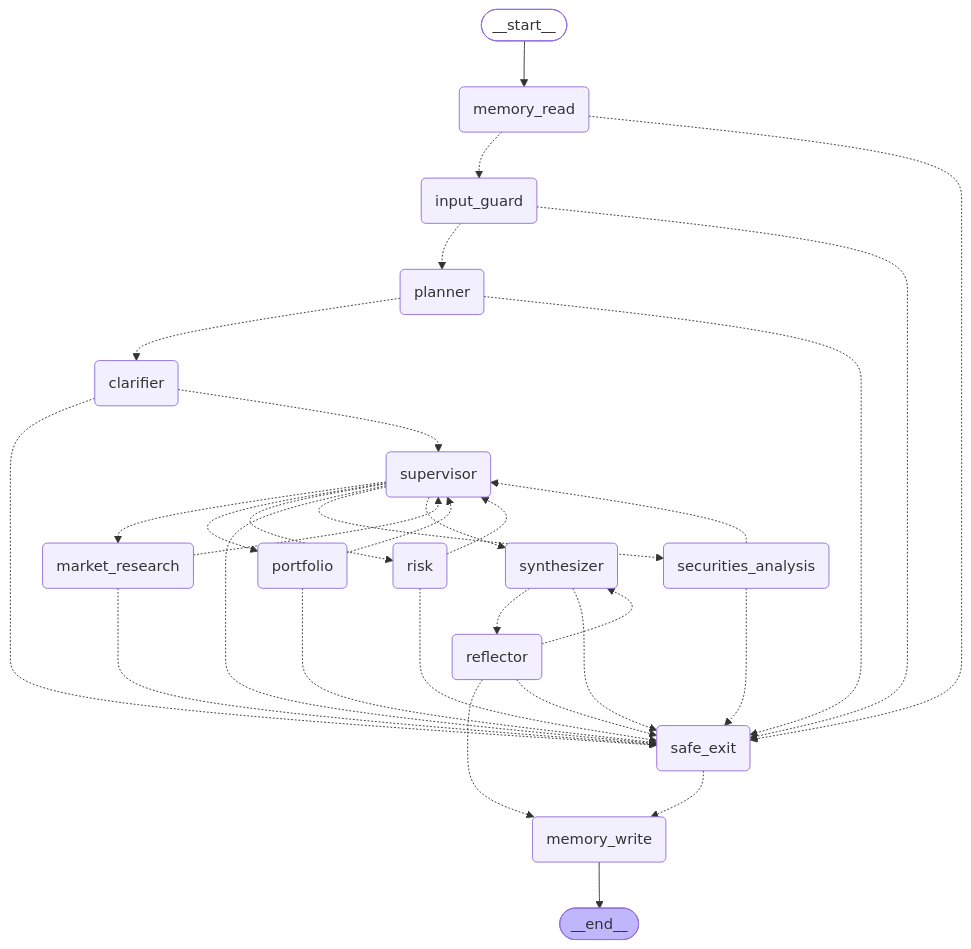
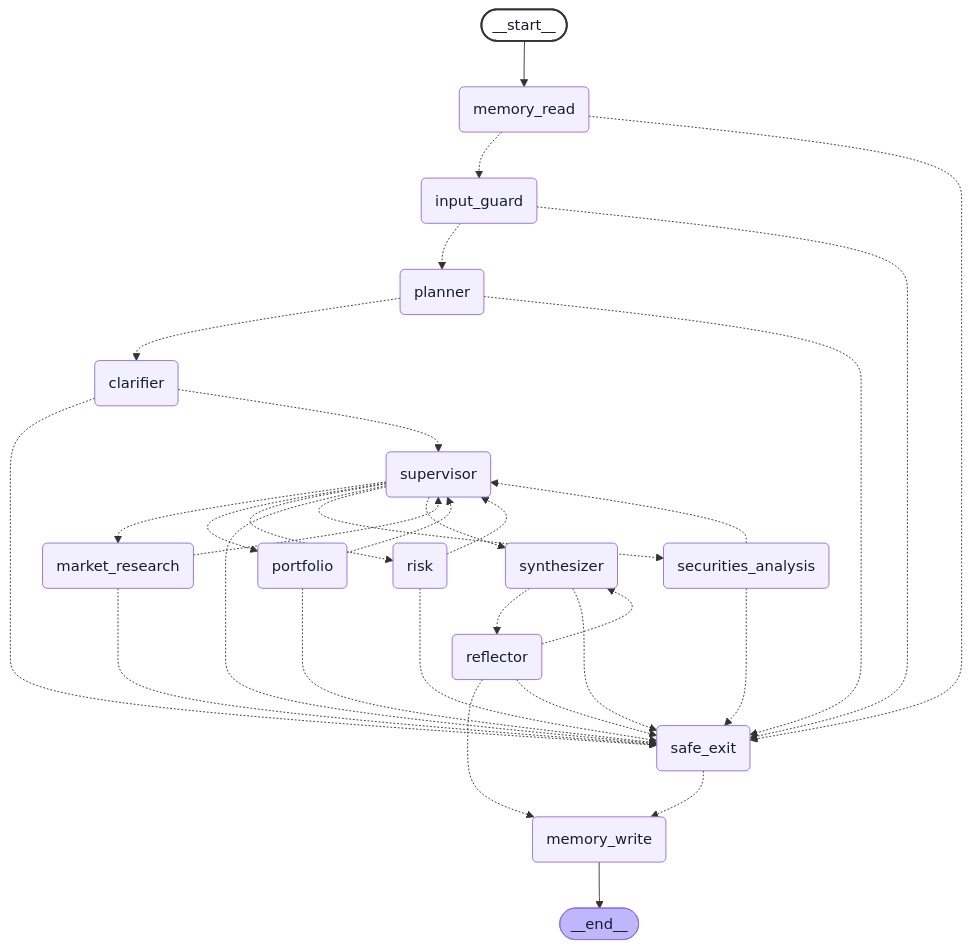
Before and after one commit to Algo-Voyager/investment-advisory-multi-agent: the third of 3 diagrams in docs/architecture.md, drawn with Mermaid. The commit also changed other lines of this file and 2 other files, not shown here.

````diff
--- a/docs/architecture.md
+++ b/docs/architecture.md
@@ -87,51 +87,51 @@
 ```mermaid
 graph TD;
 	__start__([<p>__start__</p>]):::first
 	supervisor(supervisor)
 	portfolio(portfolio)
 	market_research(market_research)
 	securities_analysis(securities_analysis)
 	risk(risk)
 	synthesizer(synthesizer)
 	reflector(reflector)
 	safe_exit(safe_exit)
 	clarifier(clarifier)
 	planner(planner)
 	input_guard(input_guard)
 	memory_write(memory_write)
 	memory_read(memory_read)
 	__end__([<p>__end__</p>]):::last
 	__start__ --> memory_read;
 	clarifier -.-> safe_exit;
 	clarifier -.-> supervisor;
 	input_guard -.-> planner;
 	input_guard -.-> safe_exit;
 	market_research -.-> safe_exit;
 	market_research -.-> supervisor;
 	memory_read -.-> input_guard;
 	memory_read -.-> safe_exit;
 	planner -.-> clarifier;
 	planner -.-> safe_exit;
 	portfolio -.-> safe_exit;
 	portfolio -.-> supervisor;
 	reflector -.-> memory_write;
 	reflector -.-> safe_exit;
 	reflector -.-> synthesizer;
 	risk -.-> safe_exit;
 	risk -.-> supervisor;
 	safe_exit -.-> memory_write;
 	securities_analysis -.-> safe_exit;
 	securities_analysis -.-> supervisor;
 	supervisor -.-> market_research;
 	supervisor -.-> portfolio;
 	supervisor -.-> risk;
 	supervisor -.-> safe_exit;
 	supervisor -.-> securities_analysis;
 	supervisor -.-> synthesizer;
 	synthesizer -.-> reflector;
 	synthesizer -.-> safe_exit;
 	memory_write --> __end__;
-	classDef default fill:#f2f0ff,line-height:1.2
-	classDef first fill-opacity:0
-	classDef last fill:#bfb6fc
+	classDef default fill:#f2f0ff,color:#1a1a2e,line-height:1.2
+	classDef first fill:#ffffff,color:#1a1a2e,stroke:#333333,stroke-width:2px
+	classDef last fill:#bfb6fc,color:#1a1a2e
 ```
````
